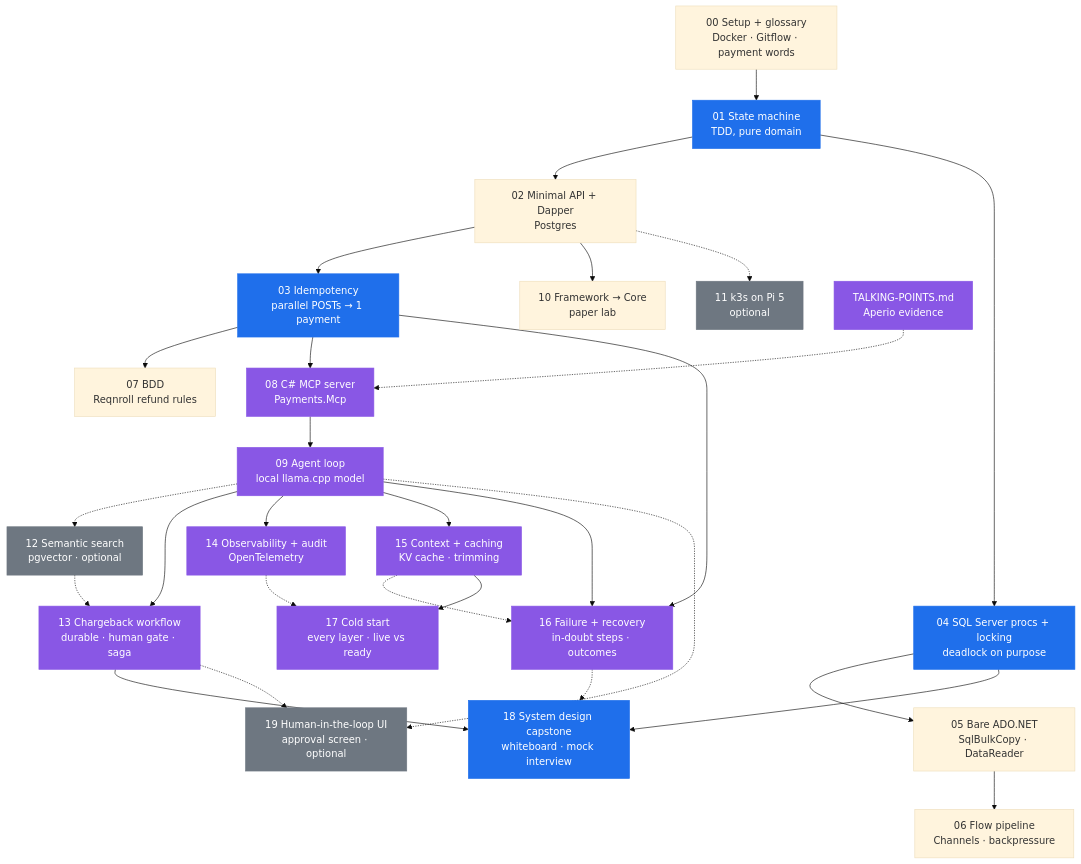
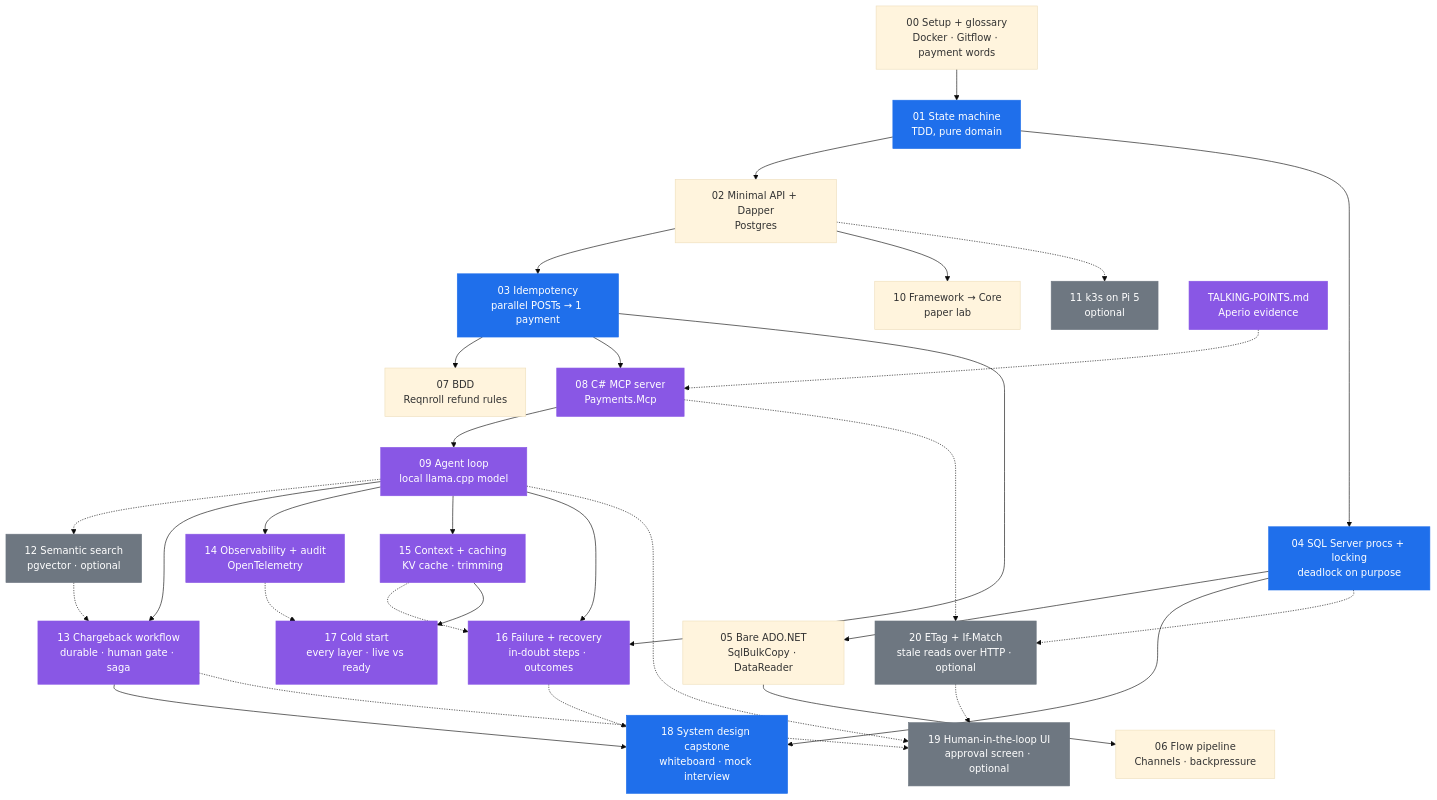
Before and after one commit to BaiGanio/agent-ready-payments: the second of 2 diagrams in docs/plan/PLAN.md, drawn with Mermaid (base theme). The commit also changed other lines of this file and 14 other files, not shown here.

````diff
--- a/docs/plan/PLAN.md
+++ b/docs/plan/PLAN.md
@@ -158,54 +159,58 @@
 ```mermaid
 flowchart TD
     L00["00 Setup + glossary<br/>Docker · Gitflow · payment words"]
     L01["01 State machine<br/>TDD, pure domain"]
     L02["02 Minimal API + Dapper<br/>Postgres"]
     L03["03 Idempotency<br/>parallel POSTs → 1 payment"]
     L04["04 SQL Server procs + locking<br/>deadlock on purpose"]
     L05["05 Bare ADO.NET<br/>SqlBulkCopy · DataReader"]
     L06["06 Flow pipeline<br/>Channels · backpressure"]
     L07["07 BDD<br/>Reqnroll refund rules"]
     L08["08 C# MCP server<br/>Payments.Mcp"]
     L09["09 Agent loop<br/>local llama.cpp model"]
     L10["10 Framework → Core<br/>paper lab"]
     L11["11 k3s on Pi 5<br/>optional"]
     L12["12 Semantic search<br/>pgvector · optional"]
     L13["13 Chargeback workflow<br/>durable · human gate · saga"]
     L14["14 Observability + audit<br/>OpenTelemetry"]
     L15["15 Context + caching<br/>KV cache · trimming"]
     L16["16 Failure + recovery<br/>in-doubt steps · outcomes"]
     L17["17 Cold start<br/>every layer · live vs ready"]
     L18["18 System design capstone<br/>whiteboard · mock interview"]
     L19["19 Human-in-the-loop UI<br/>approval screen · optional"]
+    L20["20 ETag + If-Match<br/>stale reads over HTTP · optional"]
     TP["TALKING-POINTS.md<br/>Aperio evidence"]
 
     L00 --> L01 --> L02 --> L03
     L01 --> L04 --> L05 --> L06
     L03 --> L07
     L03 --> L08 --> L09
     L02 --> L10
     L02 -.-> L11
     L09 -.-> L12
     L09 --> L13
     L12 -.-> L13
     L09 --> L14
     L09 --> L15
     L09 --> L16
     L03 --> L16
     L15 -.-> L16
     L15 --> L17
     L14 -.-> L17
     L13 --> L18
     L04 --> L18
     L16 -.-> L18
     L09 -.-> L19
     L13 -.-> L19
+    L04 -.-> L20
+    L08 -.-> L20
+    L20 -.-> L19
     TP -.-> L08
 
     classDef core fill:#1f6feb,color:#fff,stroke:#1f6feb
     classDef ai fill:#8957e5,color:#fff,stroke:#8957e5
     classDef opt fill:#6e7781,color:#fff,stroke:#6e7781
     class L01,L03,L04,L18 core
     class L08,L09,L13,L14,L15,L16,L17,TP ai
-    class L11,L12,L19 opt
+    class L11,L12,L19,L20 opt
 ```
````
